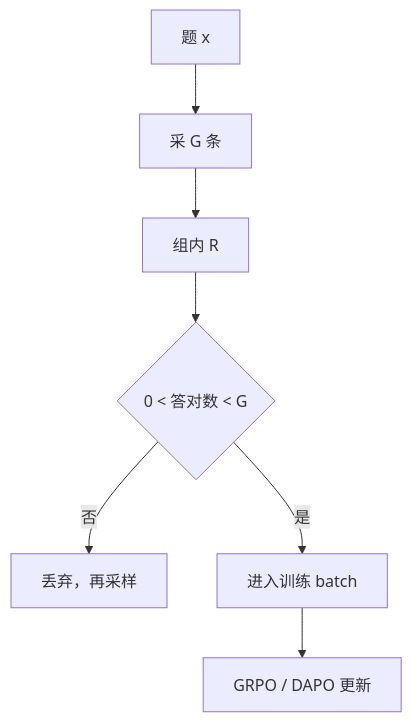
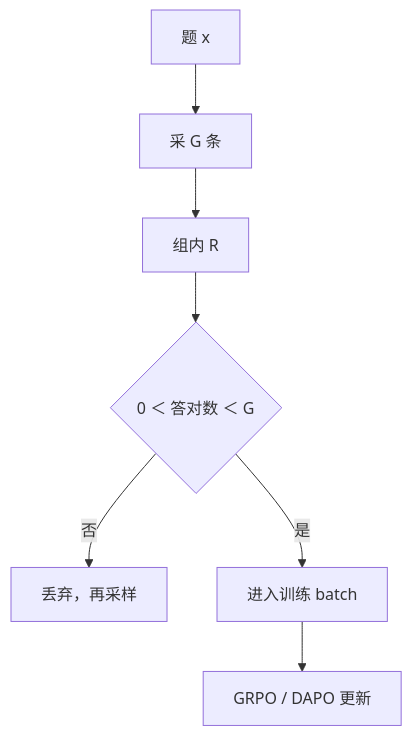
The diagram in docs/llm/dynamic-sampling-rl.md (xhongduo-tech/xhongduo-tech.github.io), drawn with Mermaid before and after one commit. The commit also changed other lines of this file and 772 other files, not shown here.

````diff
--- a/docs/llm/dynamic-sampling-rl.md
+++ b/docs/llm/dynamic-sampling-rl.md
@@ -32,9 +32,9 @@
 ```mermaid
 flowchart TD
   P["题 x"] --> G["采 G 条"]
   G --> R["组内 R"]
-  R --> CHK{"0 < 答对数 < G"}
+  R --> CHK{"0 ＜ 答对数 ＜ G"}
   CHK -->|否| DROP["丢弃，再采样"]
   CHK -->|是| BUF["进入训练 batch"]
   BUF --> UPD["GRPO / DAPO 更新"]
 ```
````
